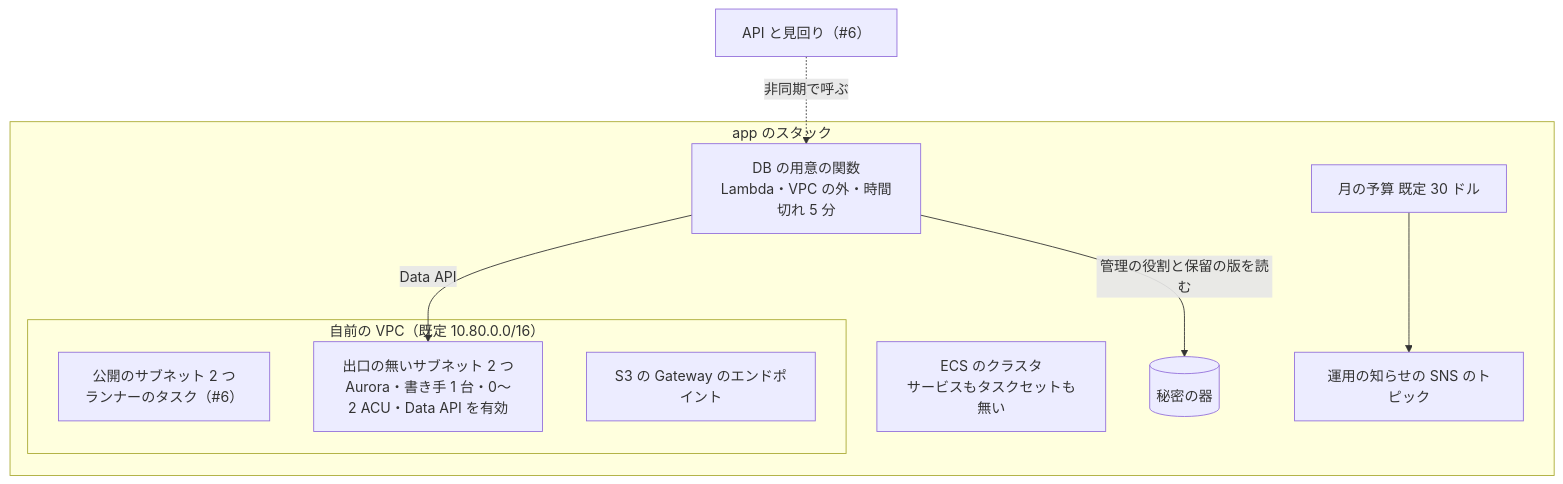
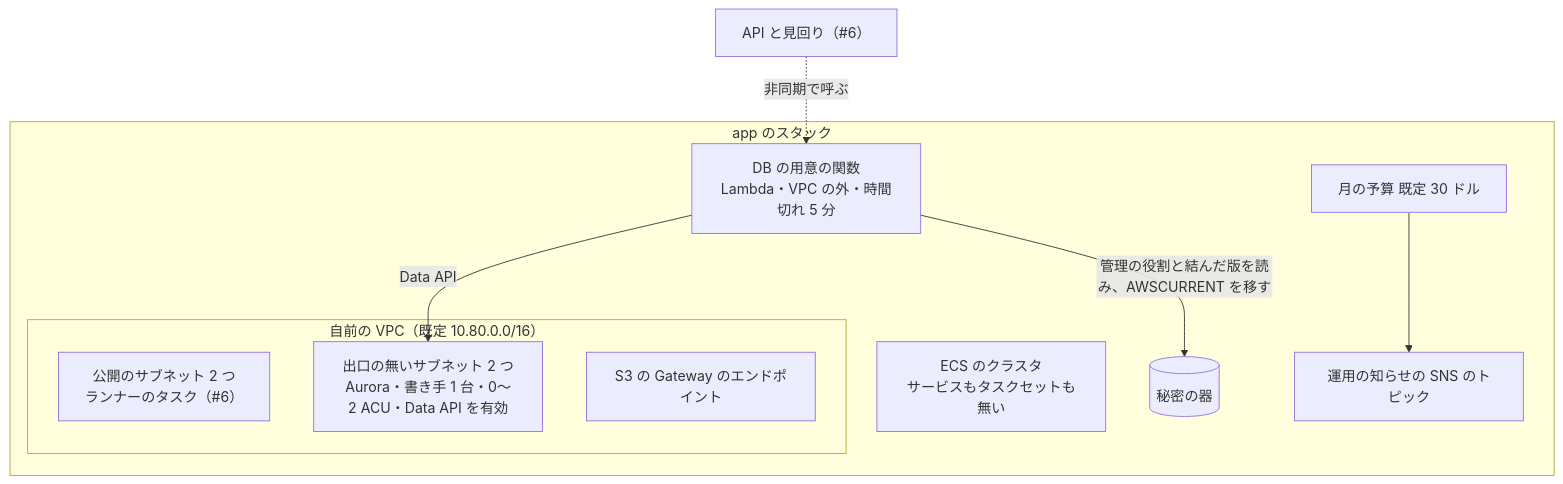
The second of 3 diagrams in issues/issue-13-design.md (devbasex/nd-factory), drawn with Mermaid before and after one commit. The commit also changed other lines of this file and 4 other files, not shown here.

````diff
--- a/issues/issue-13-design.md
+++ b/issues/issue-13-design.md
@@ -52,20 +52,20 @@
 ```mermaid
 graph TD
     subgraph STACK[app のスタック]
         subgraph NET["自前の VPC（既定 10.80.0.0/16）"]
             PUB["公開のサブネット 2 つ<br/>ランナーのタスク（#6）"]
             ISO["出口の無いサブネット 2 つ<br/>Aurora・書き手 1 台・0〜2 ACU・Data API を有効"]
             S3E[S3 の Gateway のエンドポイント]
         end
         FN["DB の用意の関数<br/>Lambda・VPC の外・時間切れ 5 分"]
         CL["ECS のクラスタ<br/>サービスもタスクセットも無い"]
         SM[(秘密の器)]
         OPS[運用の知らせの SNS のトピック]
         BUD[月の予算 既定 30 ドル]
     end
     CALLER["API と見回り（#6）"]
     CALLER -.->|非同期で呼ぶ| FN
     FN -->|Data API| ISO
-    FN -->|管理の役割と保留の版を読む| SM
+    FN -->|管理の役割と結んだ版を読み、AWSCURRENT を移す| SM
     BUD --> OPS
 ```
````
